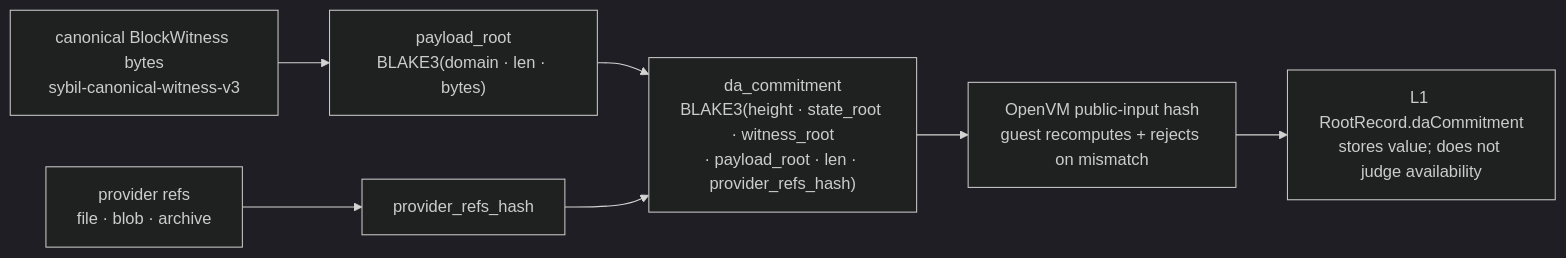
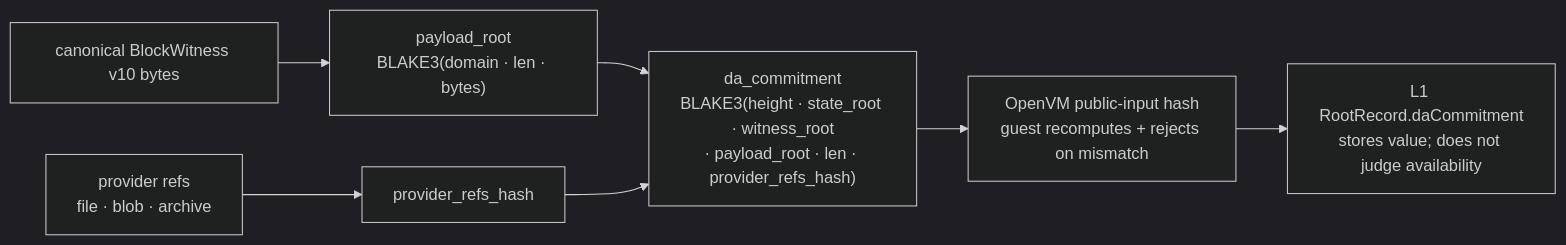
Before and after one commit to MetaB0y/sybil: the diagram in docs/architecture/04-verification/Data Availability.md, drawn with Mermaid (dark theme). The commit also changed other lines of this file and 29 other files, not shown here.

````diff
--- a/docs/architecture/04-verification/Data Availability.md
+++ b/docs/architecture/04-verification/Data Availability.md
@@ -79,9 +79,9 @@
 ```mermaid
 flowchart LR
-    WIT["canonical BlockWitness bytes<br/>sybil-canonical-witness-v3"] --> PR["payload_root<br/>BLAKE3(domain · len · bytes)"]
+    WIT["canonical BlockWitness v10 bytes"] --> PR["payload_root<br/>BLAKE3(domain · len · bytes)"]
     REFS["provider refs<br/>file · blob · archive"] --> PRH["provider_refs_hash"]
     PR --> DAC["da_commitment<br/>BLAKE3(height · state_root · witness_root<br/>· payload_root · len · provider_refs_hash)"]
     PRH --> DAC
     DAC --> PIH["OpenVM public-input hash<br/>guest recomputes + rejects on mismatch"]
     PIH --> L1["L1 RootRecord.daCommitment<br/>stores value; does not judge availability"]
 ```
````
